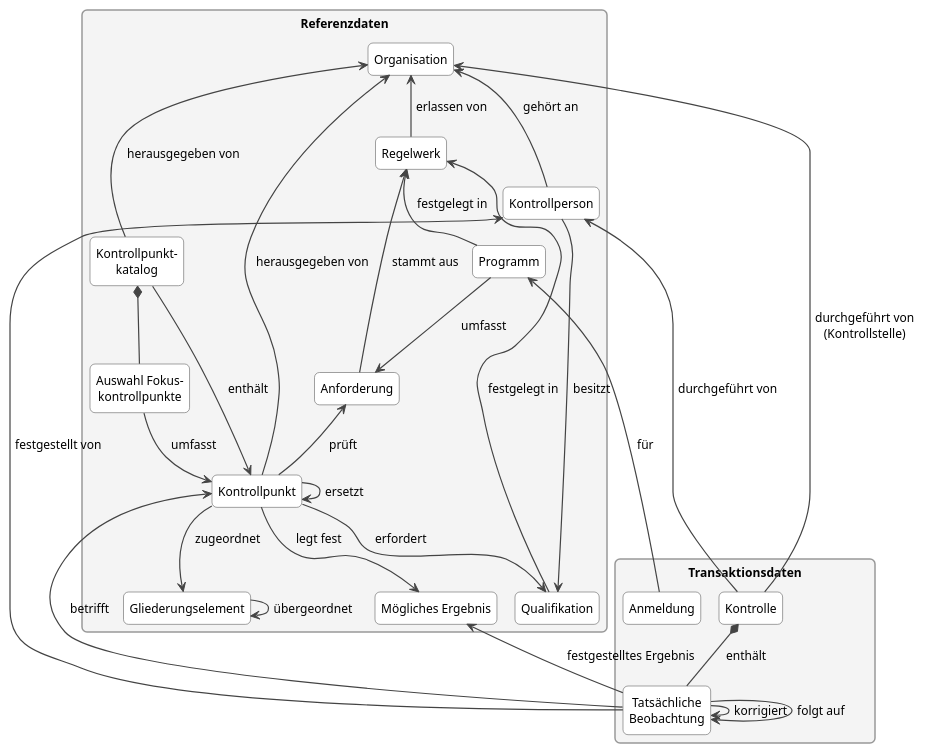
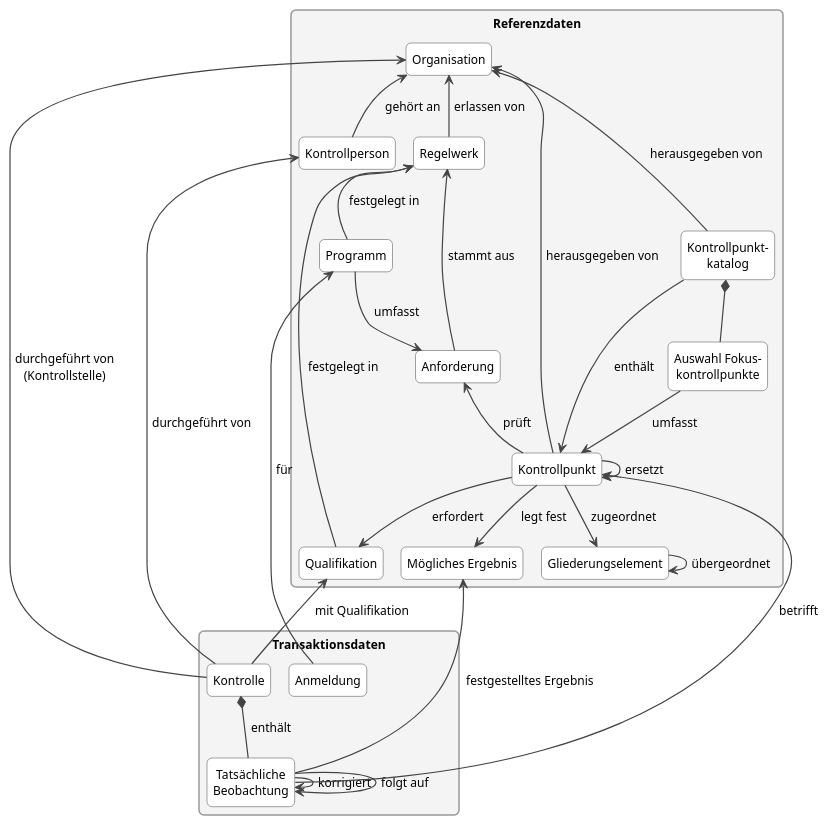
One commit to blw-ofag-ufag/eCH-0264 changed the diagram in docs/de/assets/puml/conceptual_model.puml. Above: the diagram before and after it, drawn with PlantUML. The commit also changed 10 other files, not shown here.

```diff
--- a/docs/de/assets/puml/conceptual_model.puml
+++ b/docs/de/assets/puml/conceptual_model.puml
@@ -5,66 +5,65 @@
 @startuml
 !pragma layout smetana
 skinparam shadowing false
 skinparam roundCorner 10
 skinparam packageStyle rectangle
 skinparam defaultFontSize 12
 skinparam Padding 3
 skinparam ArrowColor #444444
 skinparam ArrowThickness 1.2
 skinparam classBorderColor #444444
 skinparam classBackgroundColor #FFFFFF
 skinparam packageBorderColor #999999
 skinparam packageBackgroundColor #F4F4F4
 hide circle
 hide empty members
 
 package "Referenzdaten" as REF {
   class "Organisation" as ORG
   class "Kontrollperson" as PER
   class "Qualifikation" as QUA
   class "Regelwerk" as RW
   class "Anforderung" as ANF
   class "Programm" as PRG
   class "Kontrollpunkt" as KP
   class "Mögliches Ergebnis" as ERG
   class "Gliederungselement" as GE
   class "Kontrollpunkt-\nkatalog" as KAT
   class "Auswahl Fokus-\nkontrollpunkte" as FKP
 
   RW -up-> ORG : erlassen von
   ANF -up-> RW : stammt aus
   PRG -up-> RW : festgelegt in
   PRG --> ANF : umfasst
   KP -up-> ANF : prüft
   KP -up-> ORG : herausgegeben von
   KP -down-> ERG : legt fest
   KP --> GE : zugeordnet
   GE --> GE : übergeordnet
   KP --> KP : ersetzt
   KAT --> KP : enthält
   KAT -up-> ORG : herausgegeben von
   KAT *-- FKP
   FKP --> KP : umfasst
   KP --> QUA : erfordert
   QUA -up-> RW : festgelegt in
   PER -up-> ORG : gehört an
-  PER --> QUA : besitzt
 }
 
 package "Transaktionsdaten" as TRX {
   class "Kontrolle" as KON
   class "Anmeldung" as ANM
   class "Tatsächliche\nBeobachtung" as BEO
   KON *-down- BEO : enthält
   ANM -up-> PRG : für
   BEO --> BEO : korrigiert
   BEO --> BEO : folgt auf
 }
 
 BEO -up-> KP : betrifft
 BEO -up-> ERG : festgestelltes Ergebnis
 KON -up-> ORG : durchgeführt von\n(Kontrollstelle)
 KON -up-> PER : durchgeführt von
-BEO -up-> PER : festgestellt von
+KON -up-> QUA : mit Qualifikation
 REF -[hidden]down- TRX
 @enduml
```
